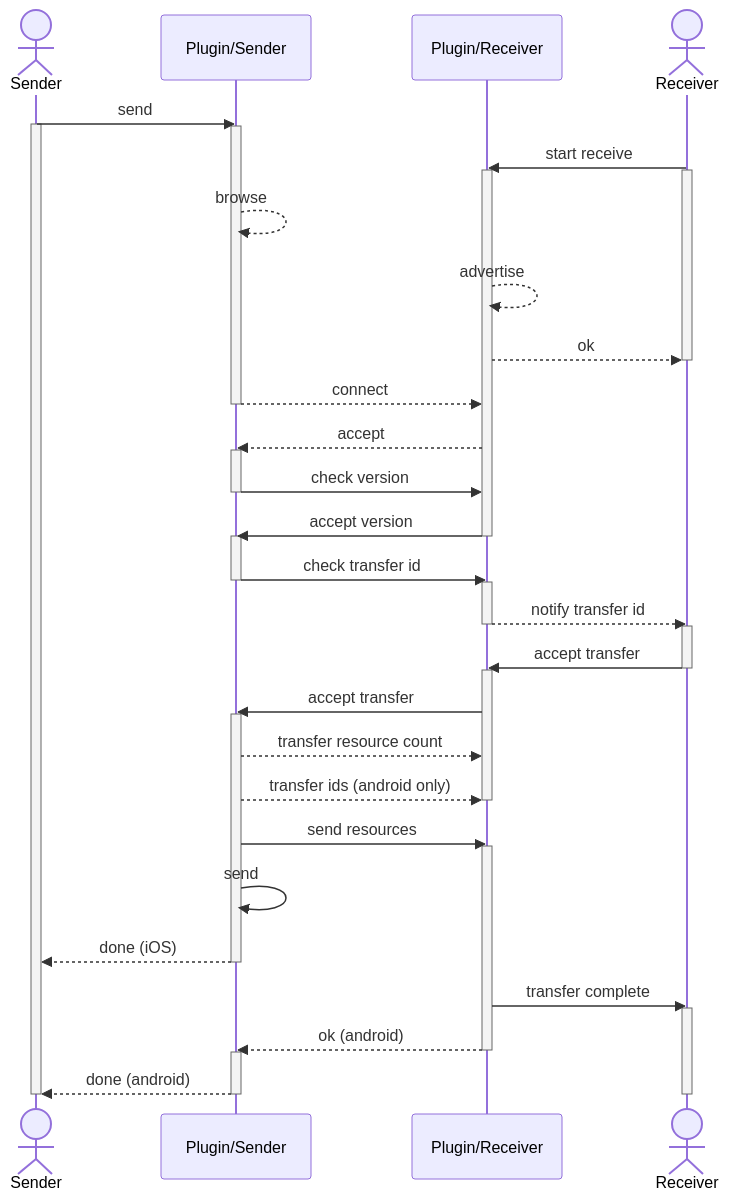
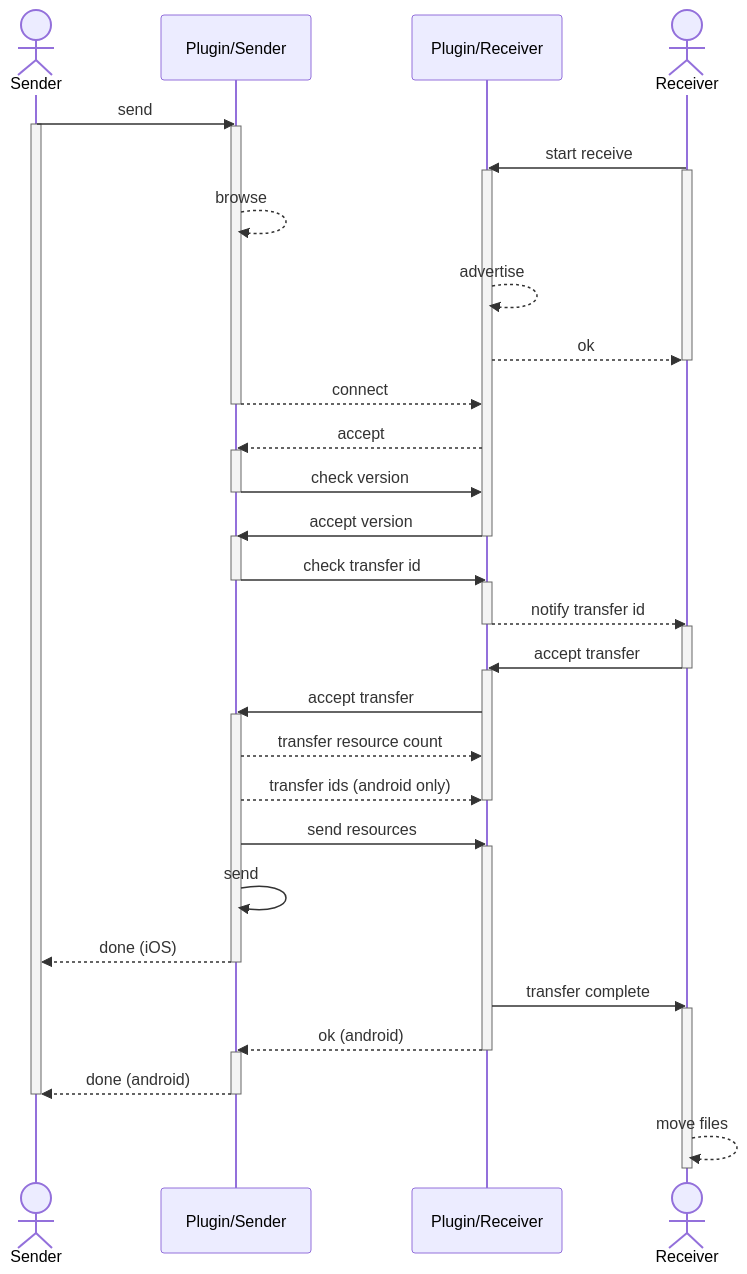
Before and after one commit to enertrag/p2pconnect: the diagram in README.md, drawn with Mermaid. The commit also changed 2 other files, not shown here.

Commit message:
updated license & docu

````diff
--- a/README.md
+++ b/README.md
@@ -20,67 +20,68 @@
 ```mermaid
 sequenceDiagram
     actor Sender
     participant Plugin/Sender
     participant Plugin/Receiver
     actor Receiver
     Sender->>Plugin/Sender: send
     activate Sender
 
     activate Plugin/Sender
     Receiver->>Plugin/Receiver: start receive
 
     activate Receiver
     activate Plugin/Receiver
     Plugin/Sender-->>Plugin/Sender: browse
     Plugin/Receiver-->>Plugin/Receiver: advertise
     Plugin/Receiver-->>Receiver: ok
     deactivate Receiver
 
     Plugin/Sender-->>Plugin/Receiver: connect
     deactivate Plugin/Sender
 
     Plugin/Receiver-->>Plugin/Sender: accept
     activate Plugin/Sender
 
     Plugin/Sender->>Plugin/Receiver: check version
     deactivate Plugin/Sender
     Plugin/Receiver->>Plugin/Sender: accept version
     activate Plugin/Sender
     deactivate Plugin/Receiver
 
     Plugin/Sender->>Plugin/Receiver: check transfer id
     deactivate Plugin/Sender
     activate Plugin/Receiver
 
     Plugin/Receiver-->>Receiver: notify transfer id
     deactivate Plugin/Receiver
     activate Receiver
     Receiver->>Plugin/Receiver: accept transfer
     deactivate Receiver
     activate Plugin/Receiver
 
 
     Plugin/Receiver->>Plugin/Sender: accept transfer
     activate Plugin/Sender
 
     Plugin/Sender-->>Plugin/Receiver: transfer resource count
     Plugin/Sender-->>Plugin/Receiver: transfer ids (android only)
     deactivate Plugin/Receiver
 
     Plugin/Sender->>Plugin/Receiver: send resources
     activate Plugin/Receiver
     Plugin/Sender->>Plugin/Sender: send
     Plugin/Sender-->>Sender: done (iOS)
     deactivate Plugin/Sender
 
     Plugin/Receiver->>Receiver: transfer complete
     activate Receiver
     Plugin/Receiver-->>Plugin/Sender: ok (android)
     activate Plugin/Sender
     deactivate Plugin/Receiver
     Plugin/Sender-->>Sender: done (android)
     deactivate Plugin/Sender
 
     deactivate Sender
+    Receiver-->>Receiver: move files
     deactivate Receiver
 ```
````
